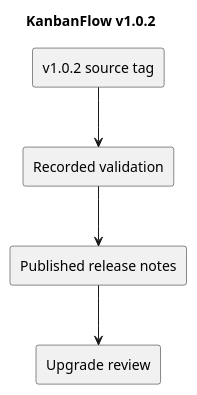
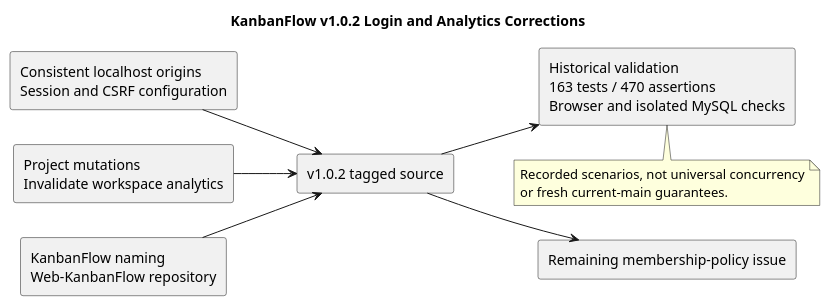
One commit to Farhad-Valizadegan/Web-KanbanFlow changed the diagram in docs/Releases/diagrams/v1.0.2.puml. Above: the diagram before and after it, drawn with PlantUML. The commit also changed 2 other files, not shown here.

Commit message:
docs: complete v1.0.2 login and analytics release record

```diff
--- a/docs/Releases/diagrams/v1.0.2.puml
+++ b/docs/Releases/diagrams/v1.0.2.puml
@@ -1,10 +1,19 @@
 @startuml
-title KanbanFlow v1.0.2
-rectangle "v1.0.2 source tag" as T
-rectangle "Recorded validation" as V
-rectangle "Published release notes" as N
-rectangle "Upgrade review" as U
+title KanbanFlow v1.0.2 Login and Analytics Corrections
+left to right direction
+rectangle "Consistent localhost origins\nSession and CSRF configuration" as S
+rectangle "Project mutations\nInvalidate workspace analytics" as A
+rectangle "KanbanFlow naming\nWeb-KanbanFlow repository" as N
+rectangle "v1.0.2 tagged source" as T
+rectangle "Historical validation\n163 tests / 470 assertions\nBrowser and isolated MySQL checks" as V
+rectangle "Remaining membership-policy issue" as O
+S --> T
+A --> T
+N --> T
 T --> V
-V --> N
-N --> U
+T --> O
+note bottom of V
+Recorded scenarios, not universal concurrency
+or fresh current-main guarantees.
+end note
 @enduml
```
